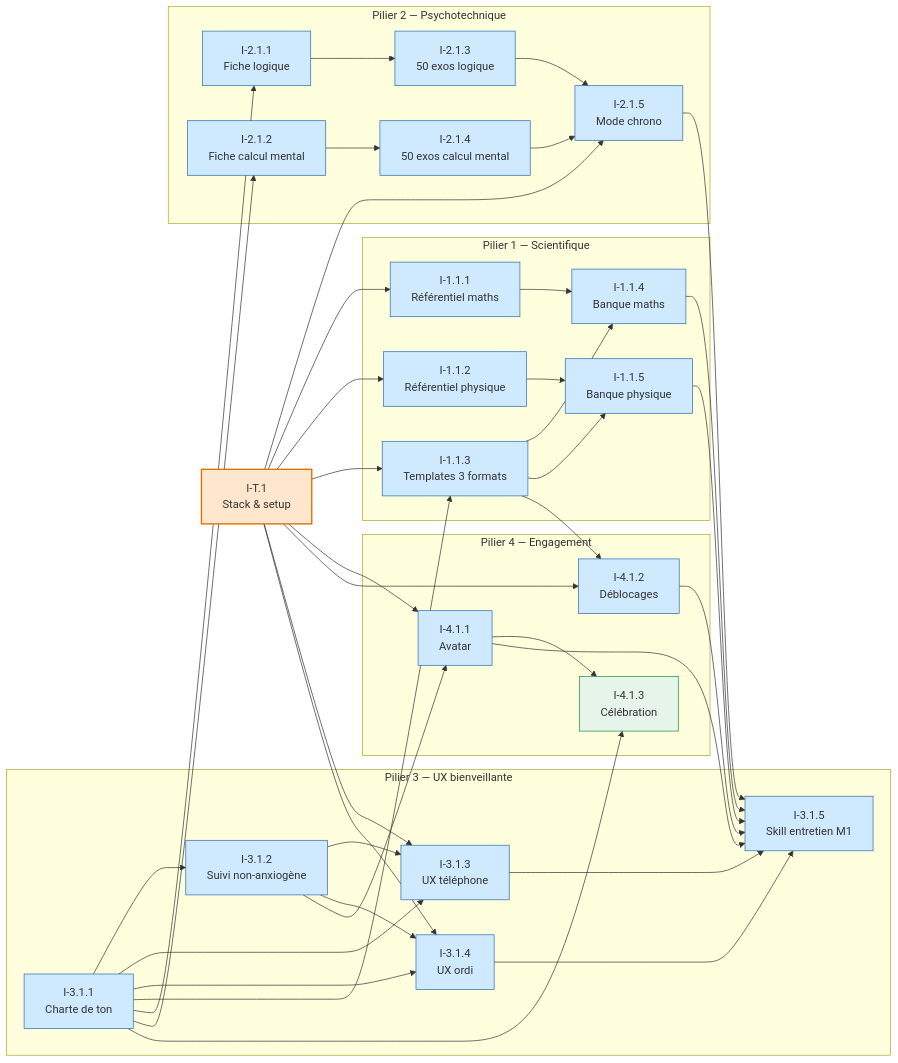
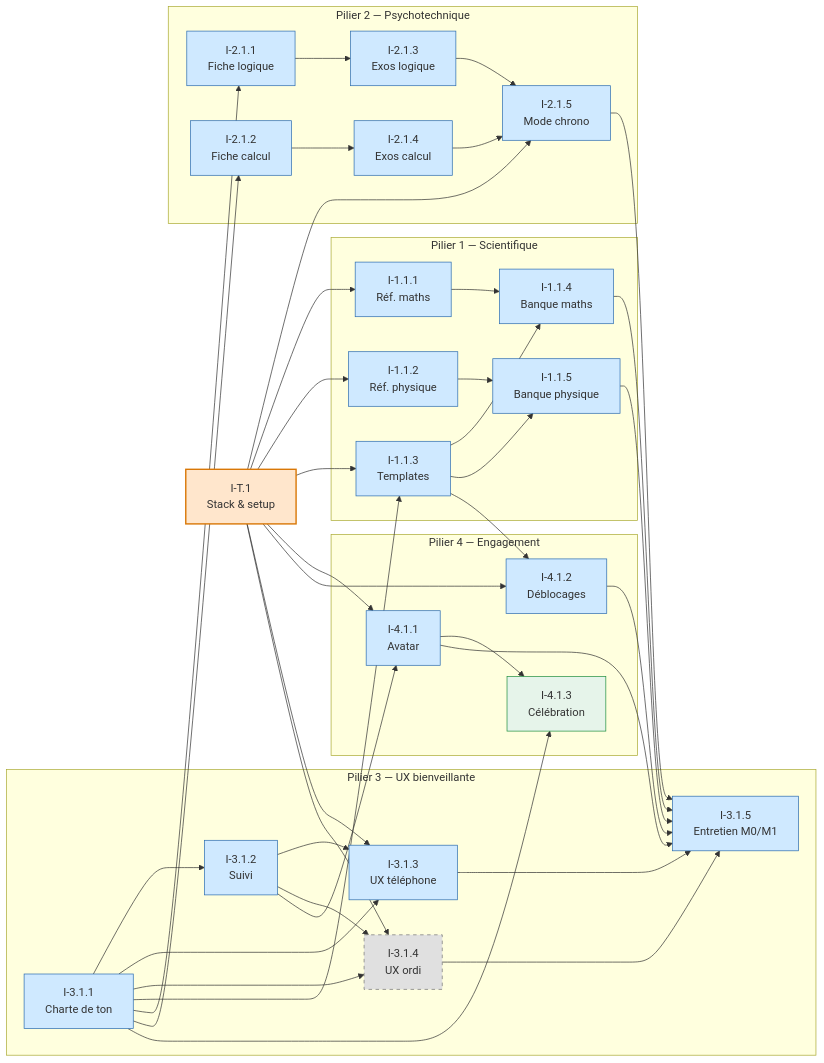
The diagram in docs/01-strategy/initiatives.md (tnansot/juju-aviatrice), drawn with Mermaid before and after one commit. The commit also changed other lines of this file and 11 other files, not shown here.

````diff
--- a/docs/01-strategy/initiatives.md
+++ b/docs/01-strategy/initiatives.md
@@ -78,60 +60,62 @@
 ```mermaid
 flowchart LR
     IT1[I-T.1<br/>Stack & setup]
 
-    subgraph P3 [Pilier 3 — UX bienveillante]
+    subgraph Pilier3 [Pilier 3 — UX bienveillante]
         I311[I-3.1.1<br/>Charte de ton]
-        I312[I-3.1.2<br/>Suivi non-anxiogène]
+        I312[I-3.1.2<br/>Suivi]
         I313[I-3.1.3<br/>UX téléphone]
         I314[I-3.1.4<br/>UX ordi]
-        I315[I-3.1.5<br/>Skill entretien M1]
+        I315[I-3.1.5<br/>Entretien M0/M1]
     end
 
-    subgraph P1 [Pilier 1 — Scientifique]
-        I111[I-1.1.1<br/>Référentiel maths]
-        I112[I-1.1.2<br/>Référentiel physique]
-        I113[I-1.1.3<br/>Templates 3 formats]
+    subgraph Pilier1 [Pilier 1 — Scientifique]
+        I111[I-1.1.1<br/>Réf. maths]
+        I112[I-1.1.2<br/>Réf. physique]
+        I113[I-1.1.3<br/>Templates]
         I114[I-1.1.4<br/>Banque maths]
         I115[I-1.1.5<br/>Banque physique]
     end
 
-    subgraph P2 [Pilier 2 — Psychotechnique]
+    subgraph Pilier2 [Pilier 2 — Psychotechnique]
         I211[I-2.1.1<br/>Fiche logique]
-        I212[I-2.1.2<br/>Fiche calcul mental]
-        I213[I-2.1.3<br/>50 exos logique]
-        I214[I-2.1.4<br/>50 exos calcul mental]
+        I212[I-2.1.2<br/>Fiche calcul]
+        I213[I-2.1.3<br/>Exos logique]
+        I214[I-2.1.4<br/>Exos calcul]
         I215[I-2.1.5<br/>Mode chrono]
     end
 
-    subgraph P4 [Pilier 4 — Engagement]
+    subgraph Pilier4 [Pilier 4 — Engagement]
         I411[I-4.1.1<br/>Avatar]
         I412[I-4.1.2<br/>Déblocages]
         I413[I-4.1.3<br/>Célébration]
     end
 
     IT1 --> I111 & I112 & I113 & I215 & I313 & I314 & I411 & I412
     I311 --> I312 & I313 & I314 & I113 & I211 & I212 & I413
     I312 --> I313 & I314 & I411
     I111 --> I114
     I112 --> I115
     I113 --> I114 & I115 & I412
     I211 --> I213
     I212 --> I214
     I213 --> I215
     I214 --> I215
     I411 --> I413
     I114 --> I315
     I115 --> I315
     I215 --> I315
     I313 --> I315
     I314 --> I315
     I411 --> I315
     I412 --> I315
 
     classDef transverse fill:#ffe6cc,stroke:#d97706,stroke-width:2px
-    classDef must fill:#cfe9ff,stroke:#2b6cb0
+    classDef m0 fill:#cfe9ff,stroke:#2b6cb0
+    classDef m1only fill:#e0e0e0,stroke:#757575,stroke-dasharray:5 5
     classDef should fill:#e6f4ea,stroke:#1e8e3e
     class IT1 transverse
-    class I111,I112,I113,I114,I115,I211,I212,I213,I214,I215,I311,I312,I313,I314,I315,I411,I412 must
+    class I111,I112,I113,I114,I115,I211,I212,I213,I214,I215,I311,I312,I313,I315,I411,I412 m0
+    class I314 m1only
     class I413 should
 ```
````
